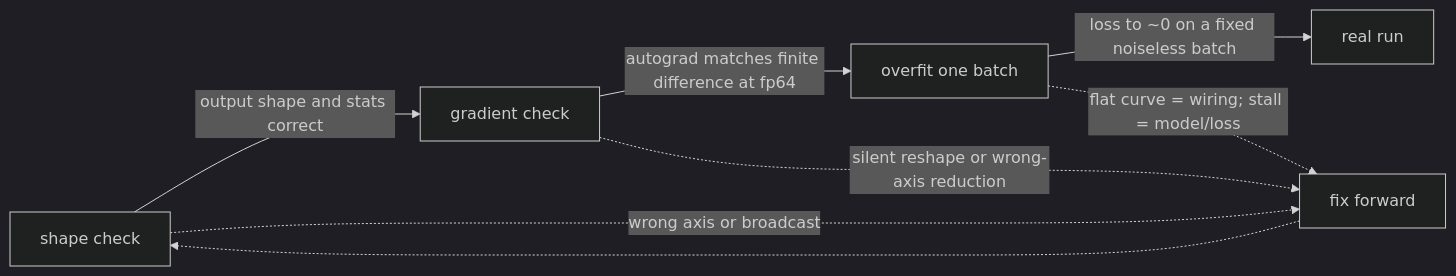
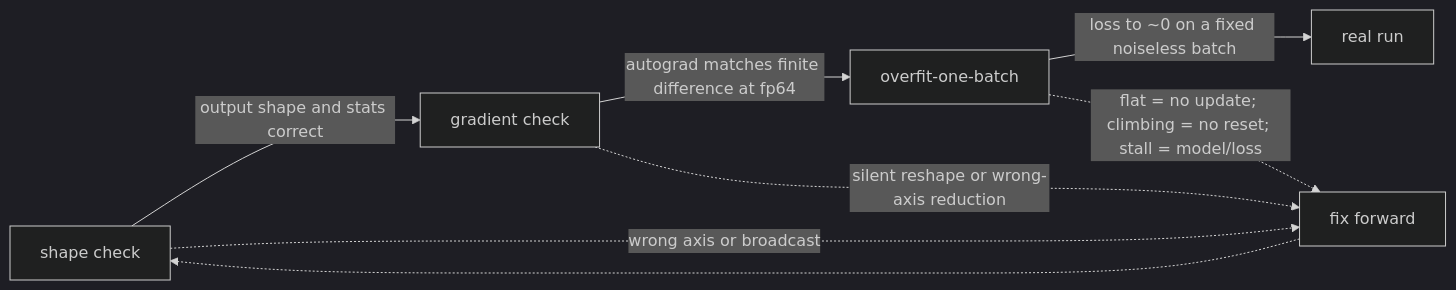
One commit to tanmaniac/nanovision changed the first of 2 diagrams in assignments/a00_harness/README.md. Above: the diagram before and after it, drawn with Mermaid (dark theme). The commit also changed other lines of this file and 3 other files, not shown here.

````diff
--- a/assignments/a00_harness/README.md
+++ b/assignments/a00_harness/README.md
@@ -212,10 +375,10 @@
 ```mermaid
 flowchart LR
     A["shape check"] -->|"output shape and stats correct"| B["gradient check"]
-    B -->|"autograd matches finite difference at fp64"| C["overfit one batch"]
+    B -->|"autograd matches finite difference at fp64"| C["overfit-one-batch"]
     C -->|"loss to ~0 on a fixed noiseless batch"| D["real run"]
     A -.->|"wrong axis or broadcast"| X["fix forward"]
     B -.->|"silent reshape or wrong-axis reduction"| X
-    C -.->|"flat curve = wiring; stall = model/loss"| X
+    C -.->|"flat = no update; climbing = no reset; stall = model/loss"| X
     X -.-> A
 ```
````
